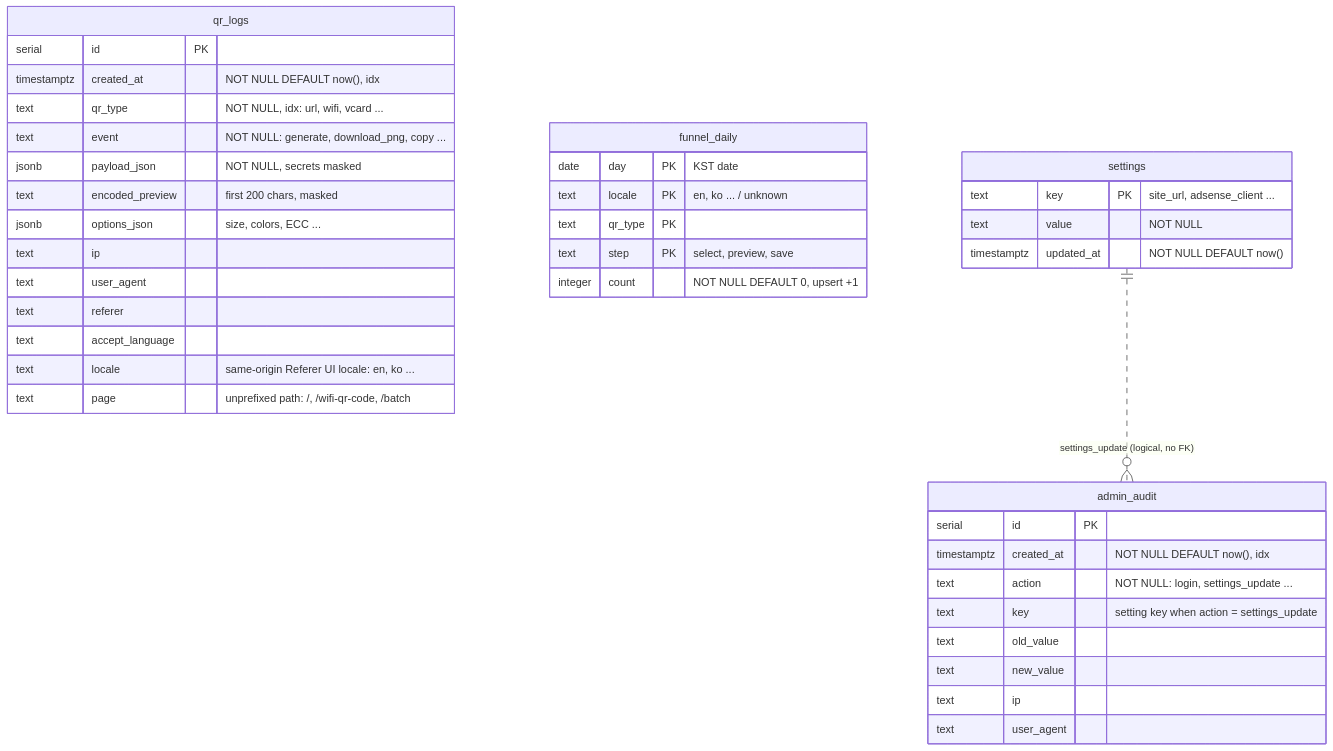
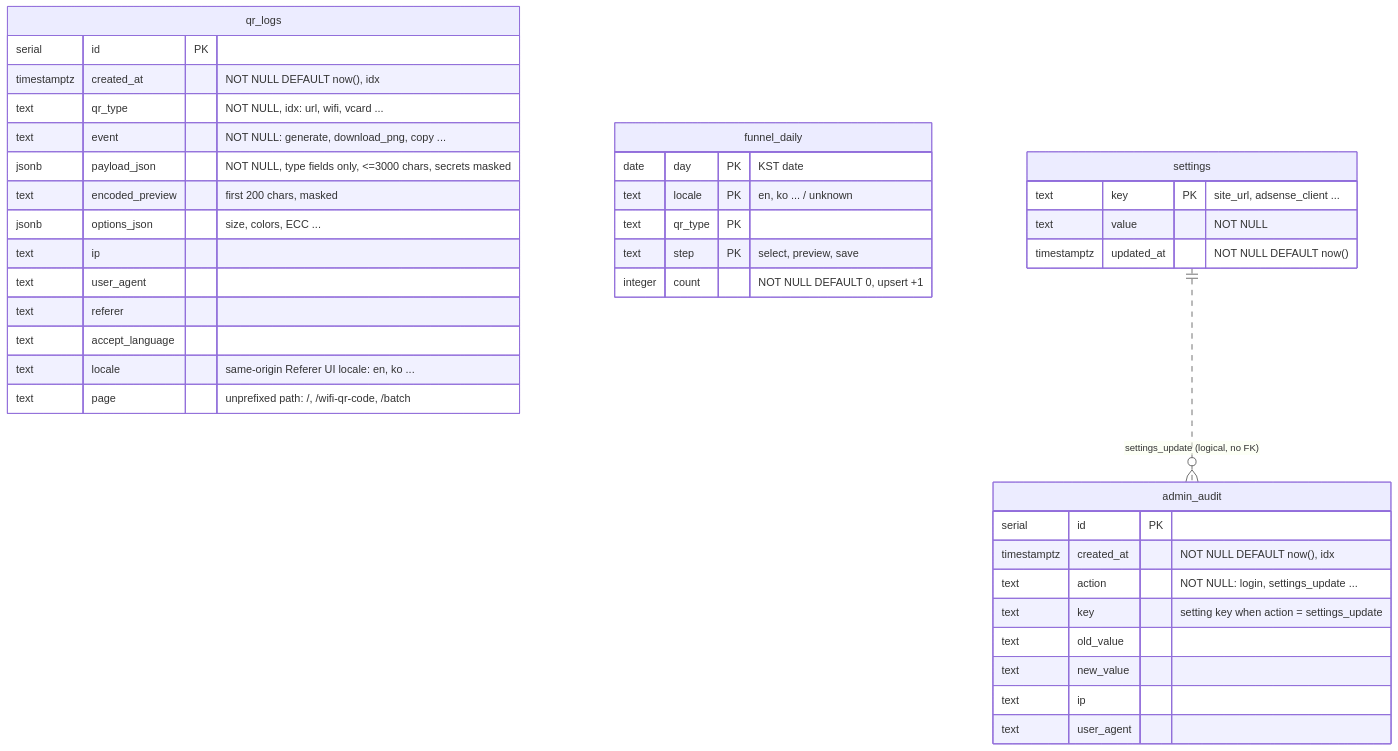
The diagram in docs/데이터-구조.md (vittroi384/qr-web), drawn with Mermaid before and after one commit. The commit also changed 6 other files, not shown here.

````diff
--- a/docs/데이터-구조.md
+++ b/docs/데이터-구조.md
@@ -7,45 +7,45 @@
 ```mermaid
 erDiagram
     qr_logs {
         serial id PK
         timestamptz created_at "NOT NULL DEFAULT now(), idx"
         text qr_type "NOT NULL, idx: url, wifi, vcard ..."
         text event "NOT NULL: generate, download_png, copy ..."
-        jsonb payload_json "NOT NULL, secrets masked"
+        jsonb payload_json "NOT NULL, type fields only, <=3000 chars, secrets masked"
         text encoded_preview "first 200 chars, masked"
         jsonb options_json "size, colors, ECC ..."
         text ip
         text user_agent
         text referer
         text accept_language
         text locale "same-origin Referer UI locale: en, ko ..."
         text page "unprefixed path: /, /wifi-qr-code, /batch"
     }
 
     funnel_daily {
         date day PK "KST date"
         text locale PK "en, ko ... / unknown"
         text qr_type PK
         text step PK "select, preview, save"
         integer count "NOT NULL DEFAULT 0, upsert +1"
     }
 
     settings {
         text key PK "site_url, adsense_client ..."
         text value "NOT NULL"
         timestamptz updated_at "NOT NULL DEFAULT now()"
     }
 
     admin_audit {
         serial id PK
         timestamptz created_at "NOT NULL DEFAULT now(), idx"
         text action "NOT NULL: login, settings_update ..."
         text key "setting key when action = settings_update"
         text old_value
         text new_value
         text ip
         text user_agent
     }
 
     settings ||..o{ admin_audit : "settings_update (logical, no FK)"
 ```
````
